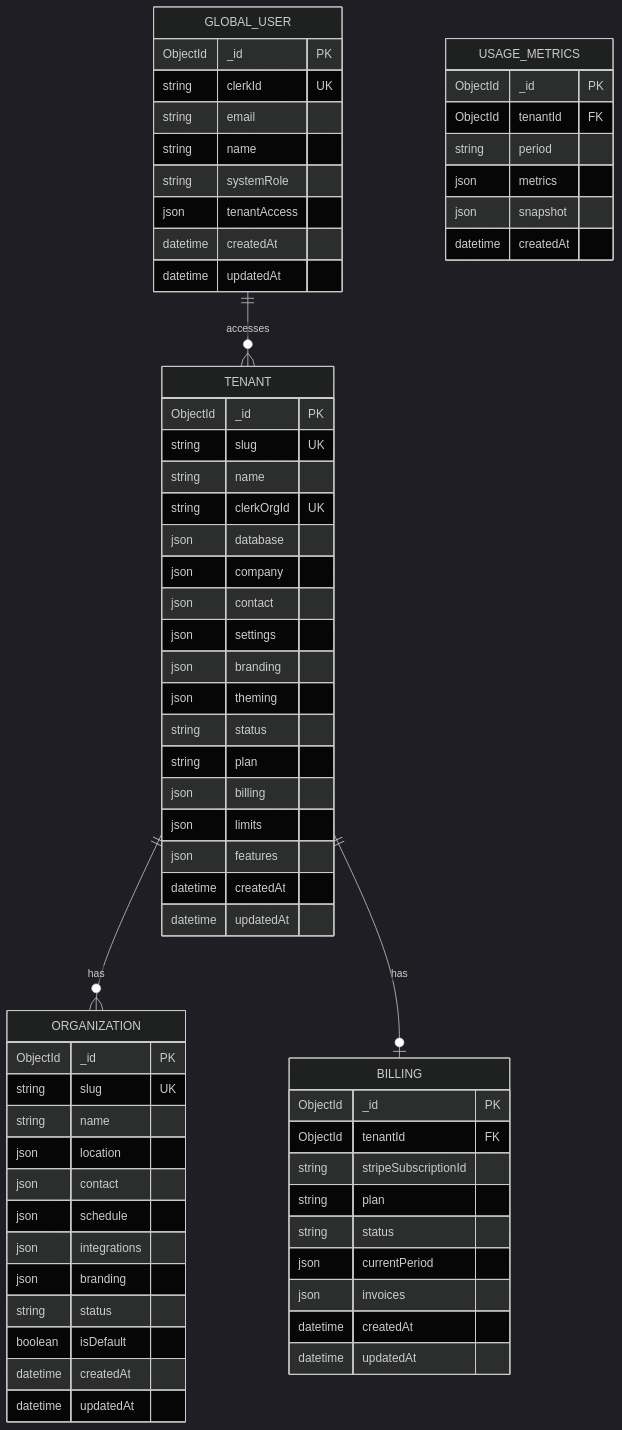
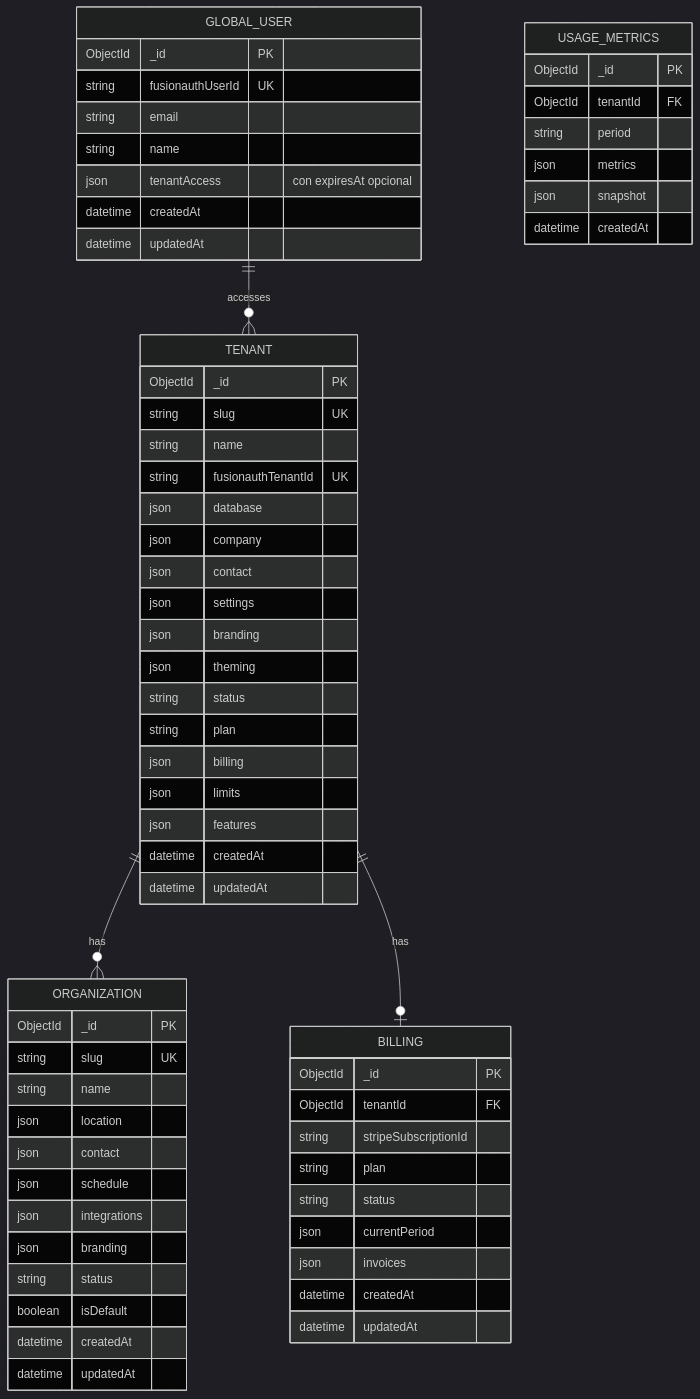
One commit to lazzariodigital/serveflow-platform changed the second of 2 diagrams in docs/v2/01-FUNDACION.md. Above: the diagram before and after it, drawn with Mermaid (dark theme). The commit also changed other lines of this file and 56 other files, not shown here.

````diff
--- a/docs/v2/01-FUNDACION.md
+++ b/docs/v2/01-FUNDACION.md
@@ -3656,73 +3701,72 @@
 ```mermaid
 erDiagram
     TENANT ||--o{ ORGANIZATION : has
     TENANT ||--o| BILLING : has
     GLOBAL_USER ||--o{ TENANT : accesses
 
     TENANT {
         ObjectId _id PK
         string slug UK
         string name
-        string clerkOrgId UK
+        string fusionauthTenantId UK
         json database
         json company
         json contact
         json settings
         json branding
         json theming
         string status
         string plan
         json billing
         json limits
         json features
         datetime createdAt
         datetime updatedAt
     }
 
     ORGANIZATION {
         ObjectId _id PK
         string slug UK
         string name
         json location
         json contact
         json schedule
         json integrations
         json branding
         string status
         boolean isDefault
         datetime createdAt
         datetime updatedAt
     }
 
     GLOBAL_USER {
         ObjectId _id PK
-        string clerkId UK
+        string fusionauthUserId UK
         string email
         string name
-        string systemRole
-        json tenantAccess
+        json tenantAccess "con expiresAt opcional"
         datetime createdAt
         datetime updatedAt
     }
 
     BILLING {
         ObjectId _id PK
         ObjectId tenantId FK
         string stripeSubscriptionId
         string plan
         string status
         json currentPeriod
         json invoices
         datetime createdAt
         datetime updatedAt
     }
 
     USAGE_METRICS {
         ObjectId _id PK
         ObjectId tenantId FK
         string period
         json metrics
         json snapshot
         datetime createdAt
     }
 ```
````
